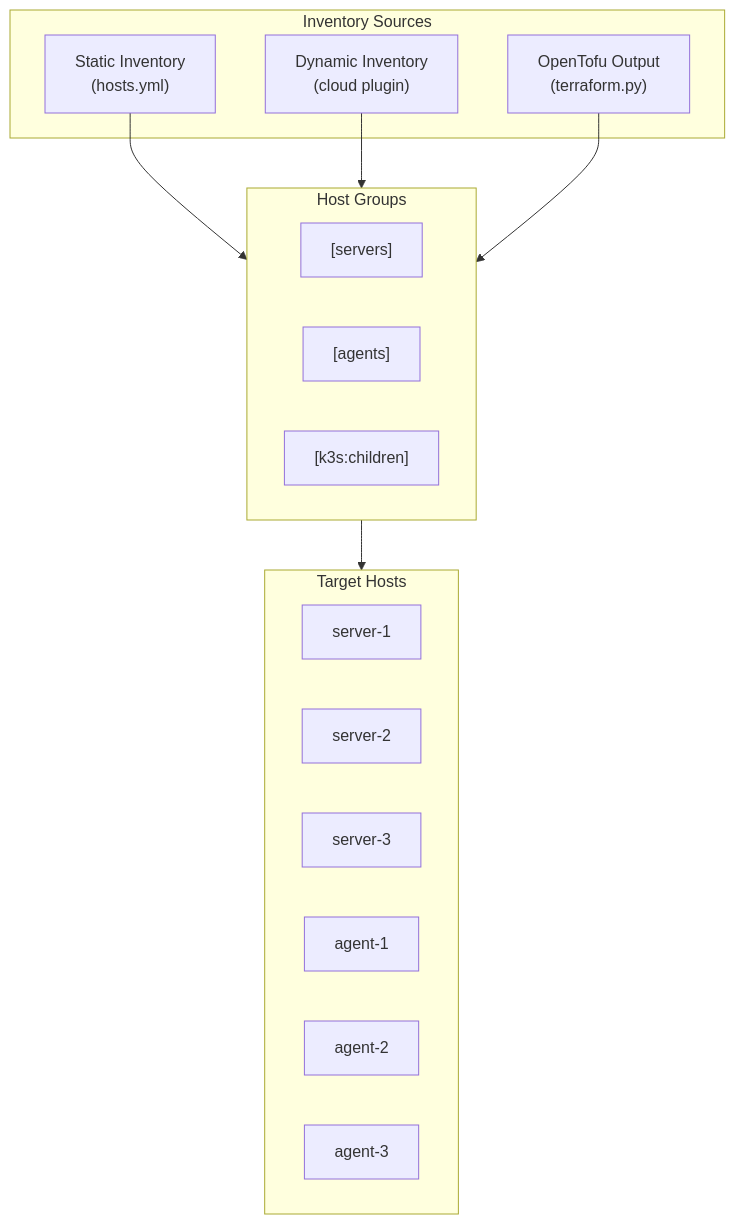
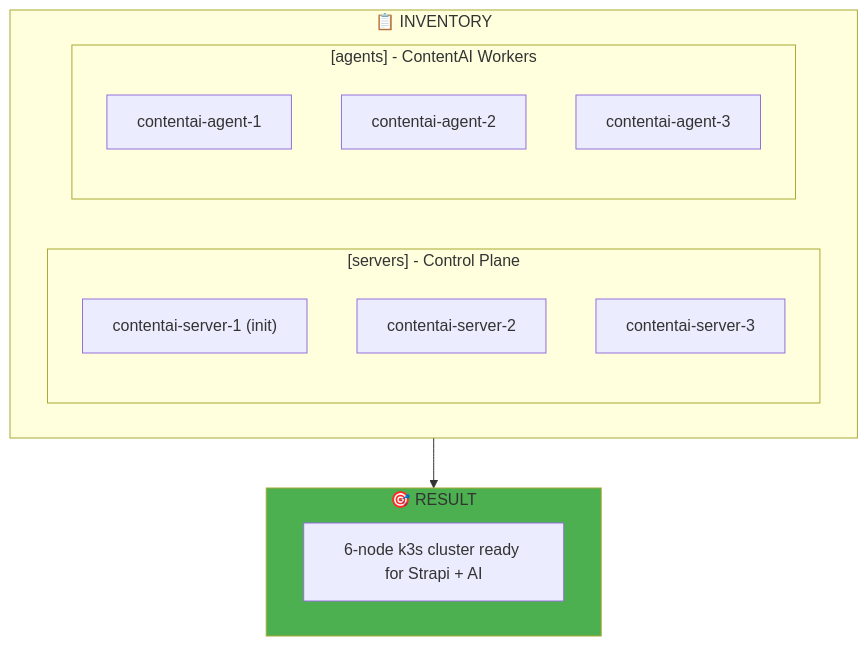
Before and after one commit to PearlThoughtsInternship/Internship-Obsidian-Vault: the second of 5 diagrams in DevOps/02-Engineering/03-Configuration-Management.md, drawn with Mermaid. The commit also changed other lines of this file, not shown here.

First line of the commit message:
docs: Ansible configuration management with ContentAI product context

````diff
--- a/DevOps/02-Engineering/03-Configuration-Management.md
+++ b/DevOps/02-Engineering/03-Configuration-Management.md
@@ -56,28 +69,24 @@
 ```mermaid
 flowchart TB
-    subgraph Inventory["Inventory Sources"]
-        Static["Static Inventory\n(hosts.yml)"]
-        Dynamic["Dynamic Inventory\n(cloud plugin)"]
-        Tofu["OpenTofu Output\n(terraform.py)"]
+    subgraph Inventory["📋 INVENTORY"]
+        subgraph Servers["[servers] - Control Plane"]
+            S1["contentai-server-1 (init)"]
+            S2["contentai-server-2"]
+            S3["contentai-server-3"]
+        end
+
+        subgraph Agents["[agents] - ContentAI Workers"]
+            A1["contentai-agent-1"]
+            A2["contentai-agent-2"]
+            A3["contentai-agent-3"]
+        end
     end
 
-    subgraph Hosts["Target Hosts"]
-        S1["server-1"]
-        S2["server-2"]
-        S3["server-3"]
-        A1["agent-1"]
-        A2["agent-2"]
-        A3["agent-3"]
+    subgraph Result["🎯 RESULT"]
+        R["6-node k3s cluster ready for Strapi + AI"]
     end
 
-    subgraph Groups["Host Groups"]
-        Servers["[servers]"]
-        Agents["[agents]"]
-        K3S["[k3s:children]"]
-    end
+    Inventory --> Result
 
-    Static --> Groups
-    Dynamic --> Groups
-    Tofu --> Groups
-    Groups --> Hosts
+    style Result fill:#4CAF50
 ```
````
